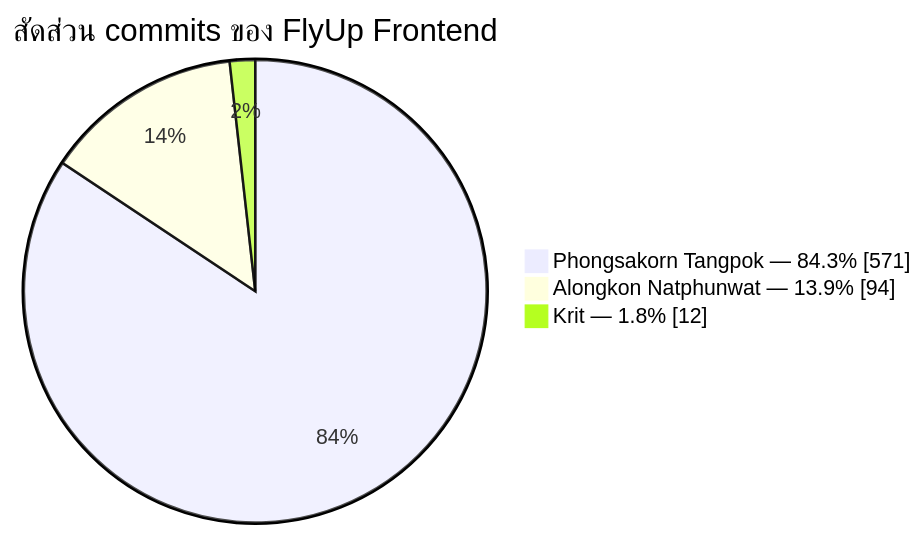
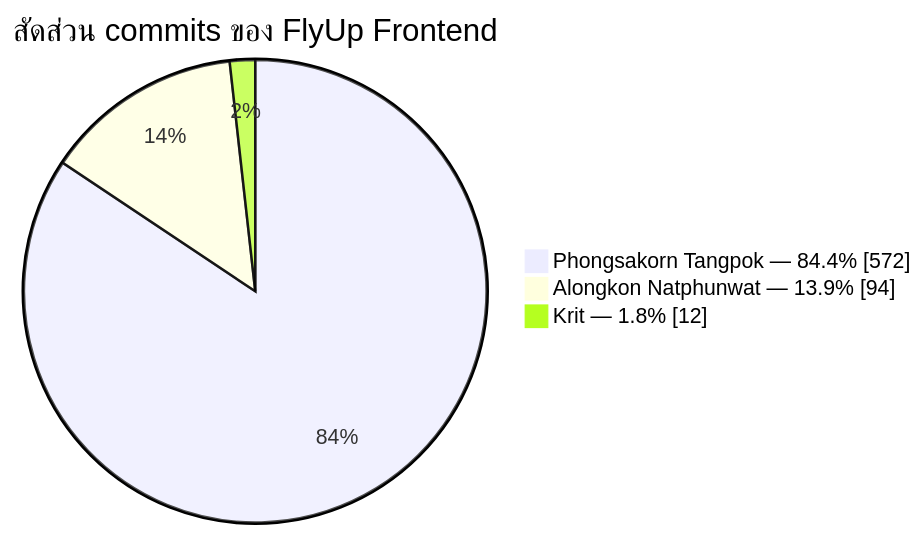
Before and after one commit to 3oomm/flyup: the second of 2 diagrams in README.md, drawn with Mermaid. The commit also changed other lines of this file, not shown here.

````diff
--- a/README.md
+++ b/README.md
@@ -212,7 +212,7 @@
 ```mermaid
 pie showData
     title สัดส่วน commits ของ FlyUp Frontend
-    "Phongsakorn Tangpok — 84.3%" : 571
+    "Phongsakorn Tangpok — 84.4%" : 572
     "Alongkon Natphunwat — 13.9%" : 94
     "Krit — 1.8%" : 12
 ```
````
